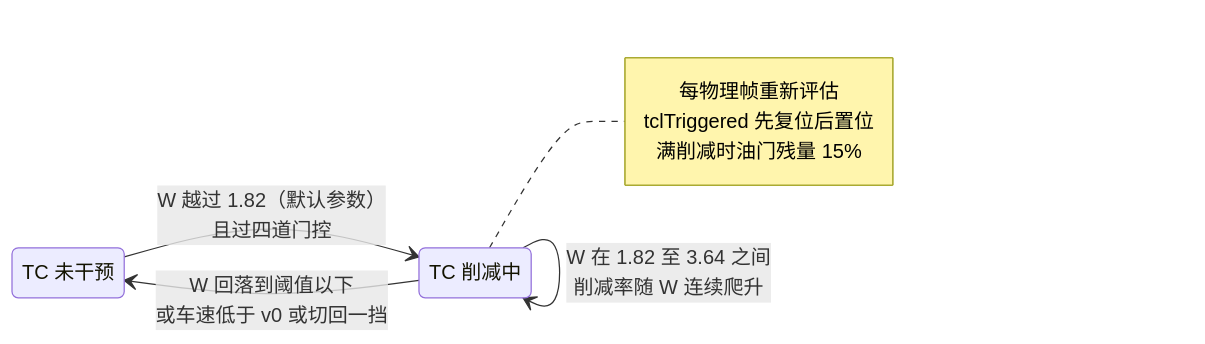
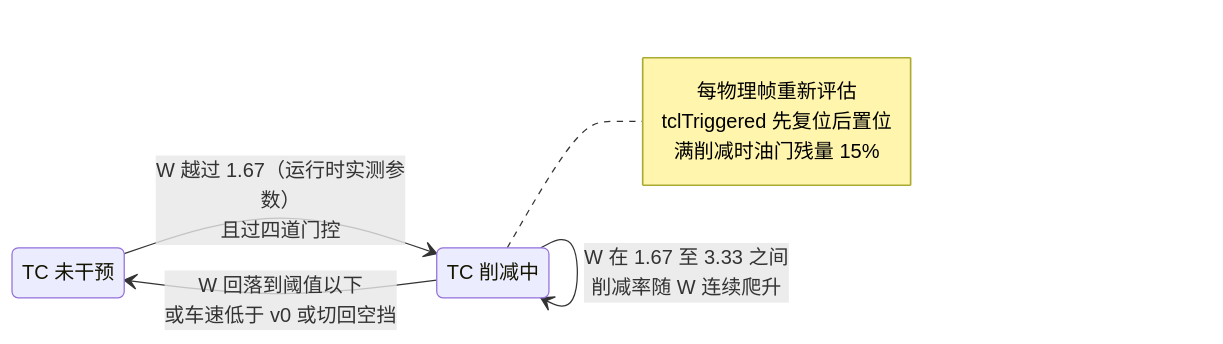
Diagram 19 of 19 in TECHNICAL_ANALYSIS.md (TakotsuboChen/ala-mobile-tool), drawn with Mermaid before and after one commit. The commit also changed other lines of this file, not shown here.

````diff
--- a/TECHNICAL_ANALYSIS.md
+++ b/TECHNICAL_ANALYSIS.md
@@ -937,14 +972,14 @@
 ```mermaid
 stateDiagram-v2
     direction LR
     state "TC 未干预" as IDLE
     state "TC 削减中" as CUT
-    IDLE --> CUT : W 越过 1.82（默认参数）<br/>且过四道门控
-    CUT --> CUT : W 在 1.82 至 3.64 之间<br/>削减率随 W 连续爬升
-    CUT --> IDLE : W 回落到阈值以下<br/>或车速低于 v0 或切回一挡
+    IDLE --> CUT : W 越过 1.67（运行时实测参数）<br/>且过四道门控
+    CUT --> CUT : W 在 1.67 至 3.33 之间<br/>削减率随 W 连续爬升
+    CUT --> IDLE : W 回落到阈值以下<br/>或车速低于 v0 或切回空挡
     note right of CUT
         每物理帧重新评估
         tclTriggered 先复位后置位
         满削减时油门残量 15%
     end note
 ```
````
